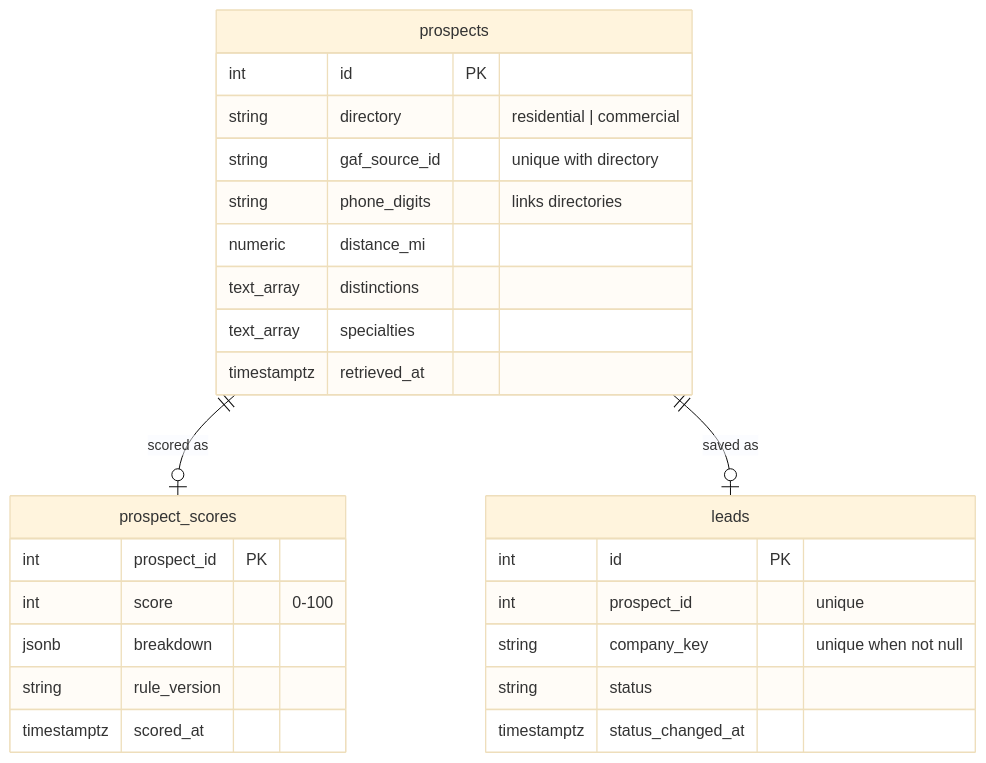
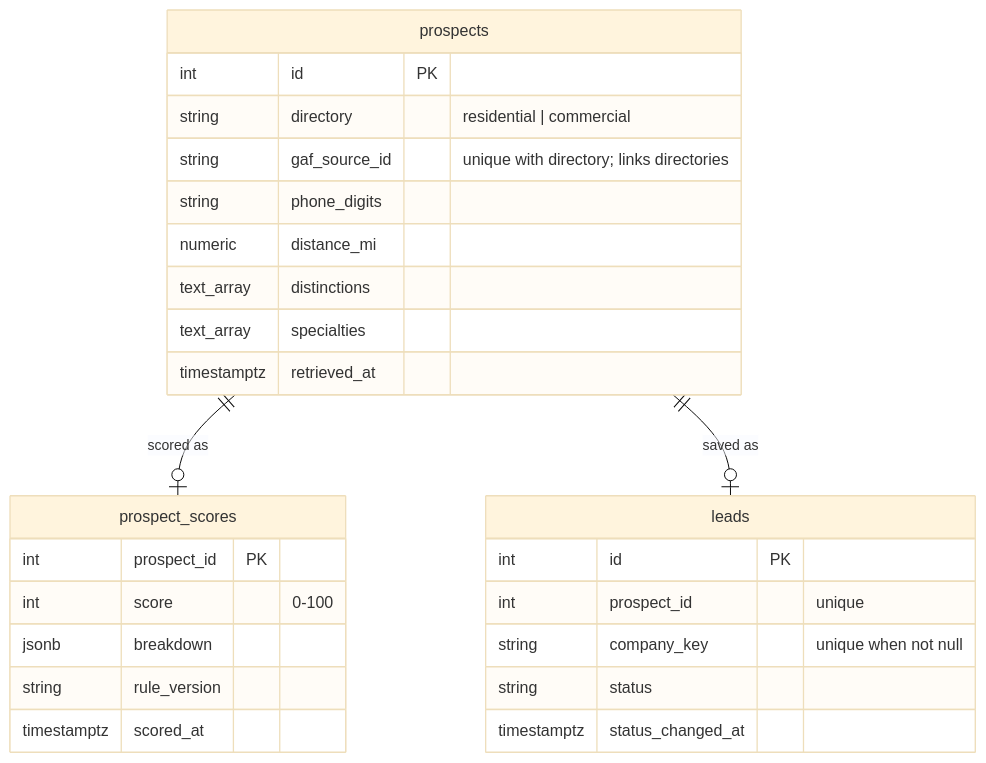
One commit to ananya2712/roofing-lead-intel changed the third of 3 diagrams in docs/ARCHITECTURE_AND_DESIGN.md. Above: the diagram before and after it, drawn with Mermaid (base theme). The commit also changed other lines of this file and 41 other files, not shown here.

````diff
--- a/docs/ARCHITECTURE_AND_DESIGN.md
+++ b/docs/ARCHITECTURE_AND_DESIGN.md
@@ -186,29 +186,29 @@
 ```mermaid
 erDiagram
   prospects ||--o| prospect_scores : "scored as"
   prospects ||--o| leads : "saved as"
   prospects {
     int id PK
     string directory "residential | commercial"
-    string gaf_source_id "unique with directory"
-    string phone_digits "links directories"
+    string gaf_source_id "unique with directory; links directories"
+    string phone_digits
     numeric distance_mi
     text_array distinctions
     text_array specialties
     timestamptz retrieved_at
   }
   prospect_scores {
     int prospect_id PK
     int score "0-100"
     jsonb breakdown
     string rule_version
     timestamptz scored_at
   }
   leads {
     int id PK
     int prospect_id "unique"
     string company_key "unique when not null"
     string status
     timestamptz status_changed_at
   }
 ```
````
